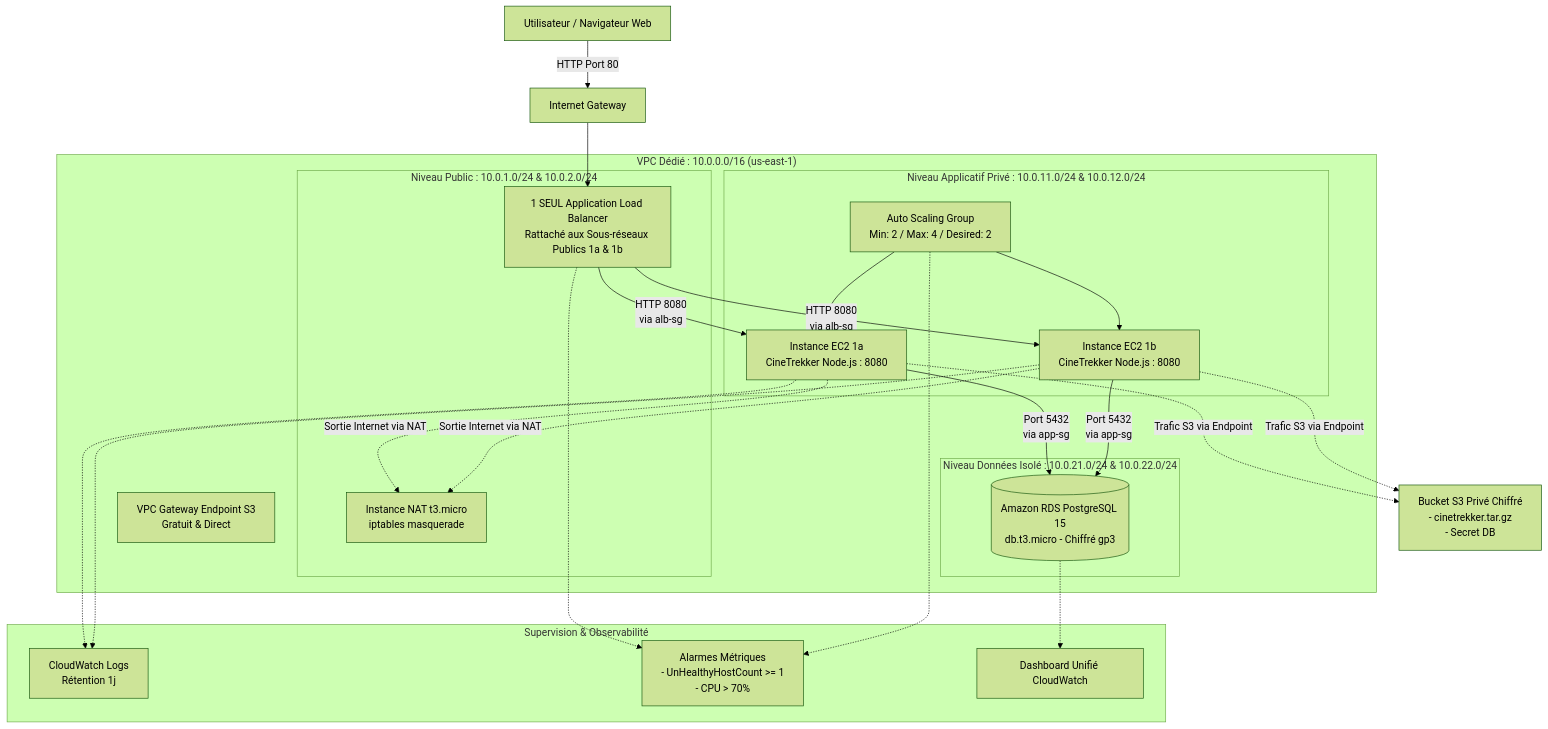
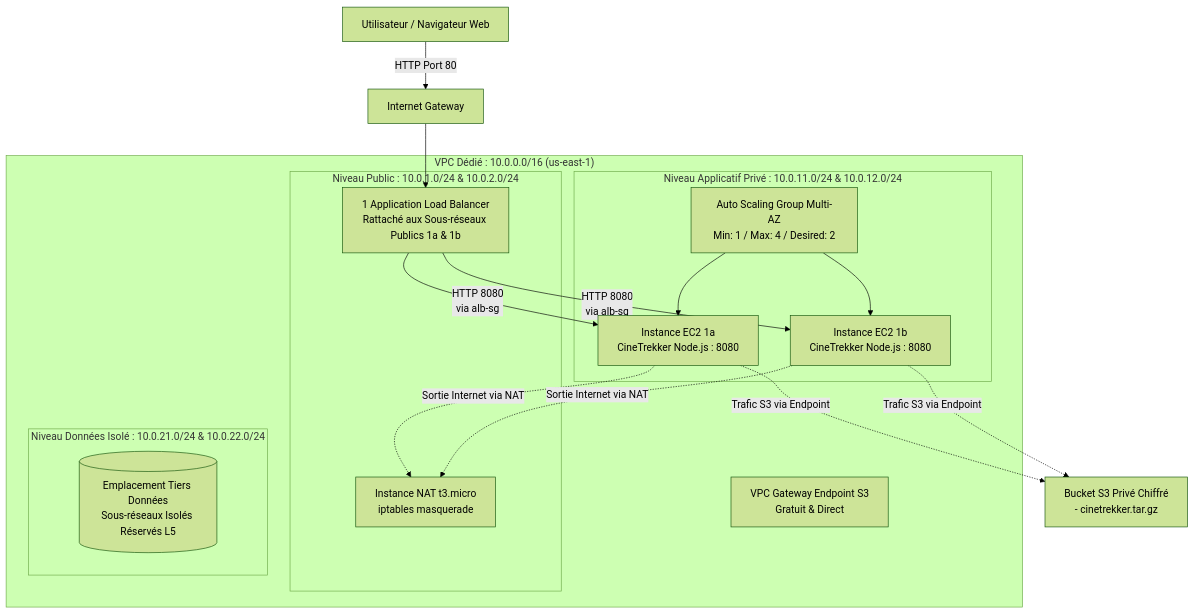
The diagram in docs/architecture.md (MohamedJebahi21/projet-aws), drawn with Mermaid (forest theme) before and after one commit. The commit also changed other lines of this file and 1 other file, not shown here.

Commit message:
docs(L2): alignement du schema et du budget sur le perimetre L1-L3

````diff
--- a/docs/architecture.md
+++ b/docs/architecture.md
@@ -8,49 +8,34 @@
 ```mermaid
 graph TD
     Client[Utilisateur / Navigateur Web] -->|HTTP Port 80| IGW[Internet Gateway]
-    IGW --> ALB[1 SEUL Application Load Balancer\nRattaché aux Sous-réseaux Publics 1a & 1b]
+    IGW --> ALB[1 Application Load Balancer\nRattaché aux Sous-réseaux Publics 1a & 1b]
 
     subgraph VPC ["VPC Dédié : 10.0.0.0/16 (us-east-1)"]
         subgraph PublicTier ["Niveau Public : 10.0.1.0/24 & 10.0.2.0/24"]
             ALB
             NAT[Instance NAT t3.micro\niptables masquerade]
         end
 
         subgraph PrivateAppTier ["Niveau Applicatif Privé : 10.0.11.0/24 & 10.0.12.0/24"]
-            ASG[Auto Scaling Group\nMin: 2 / Max: 4 / Desired: 2]
+            ASG[Auto Scaling Group Multi-AZ\nMin: 1 / Max: 4 / Desired: 2]
             EC2_1[Instance EC2 1a\nCineTrekker Node.js : 8080]
             EC2_2[Instance EC2 1b\nCineTrekker Node.js : 8080]
             ASG --> EC2_1
             ASG --> EC2_2
         end
 
         subgraph PrivateDBTier ["Niveau Données Isolé : 10.0.21.0/24 & 10.0.22.0/24"]
-            RDS[(Amazon RDS PostgreSQL 15\ndb.t3.micro - Chiffré gp3)]
+            DB_Subnets[(Emplacement Tiers Données\nSous-réseaux Isolés Réservés L5)]
         end
 
         S3_EP[VPC Gateway Endpoint S3\nGratuit & Direct]
     end
 
     ALB -->|HTTP 8080\nvia alb-sg| EC2_1
     ALB -->|HTTP 8080\nvia alb-sg| EC2_2
 
-    EC2_1 -->|Port 5432\nvia app-sg| RDS
-    EC2_2 -->|Port 5432\nvia app-sg| RDS
-
-    EC2_1 -.->|Trafic S3 via Endpoint| S3_Bucket[Bucket S3 Privé Chiffré\n- cinetrekker.tar.gz\n- Secret DB]
+    EC2_1 -.->|Trafic S3 via Endpoint| S3_Bucket[Bucket S3 Privé Chiffré\n- cinetrekker.tar.gz]
     EC2_2 -.->|Trafic S3 via Endpoint| S3_Bucket
     EC2_1 -.->|Sortie Internet via NAT| NAT
     EC2_2 -.->|Sortie Internet via NAT| NAT
-
-    subgraph Supervision ["Supervision & Observabilité"]
-        CW_Logs[CloudWatch Logs\nRétention 1j]
-        CW_Alarms[Alarmes Métriques\n- UnHealthyHostCount >= 1\n- CPU > 70%]
-        CW_Dash[Dashboard Unifié CloudWatch]
-    end
-
-    EC2_1 -.-> CW_Logs
-    EC2_2 -.-> CW_Logs
-    ALB -.-> CW_Alarms
-    ASG -.-> CW_Alarms
-    RDS -.-> CW_Dash
 ```
````
